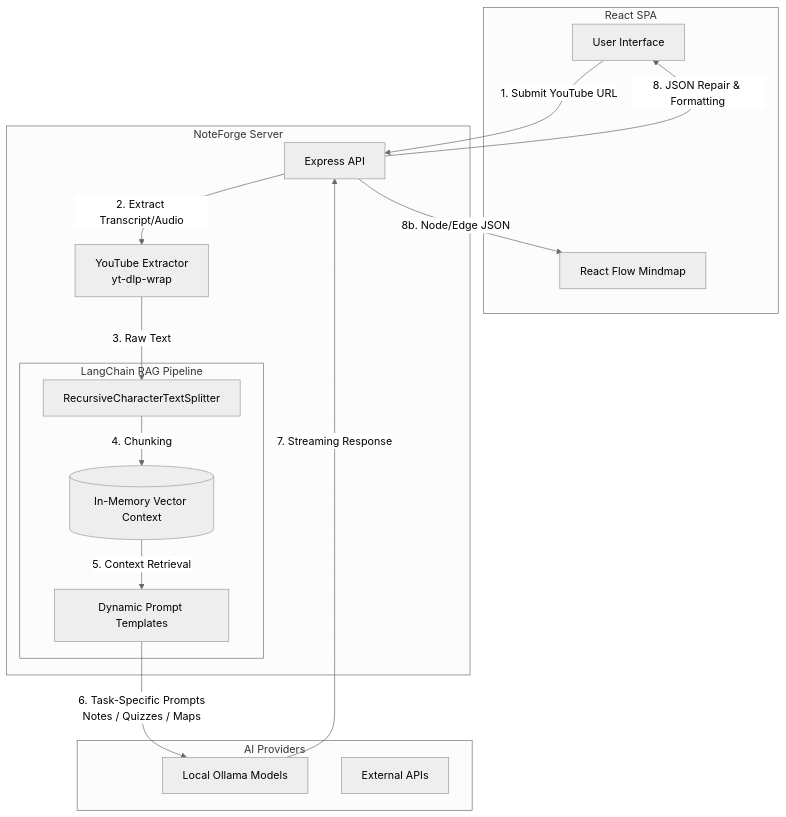
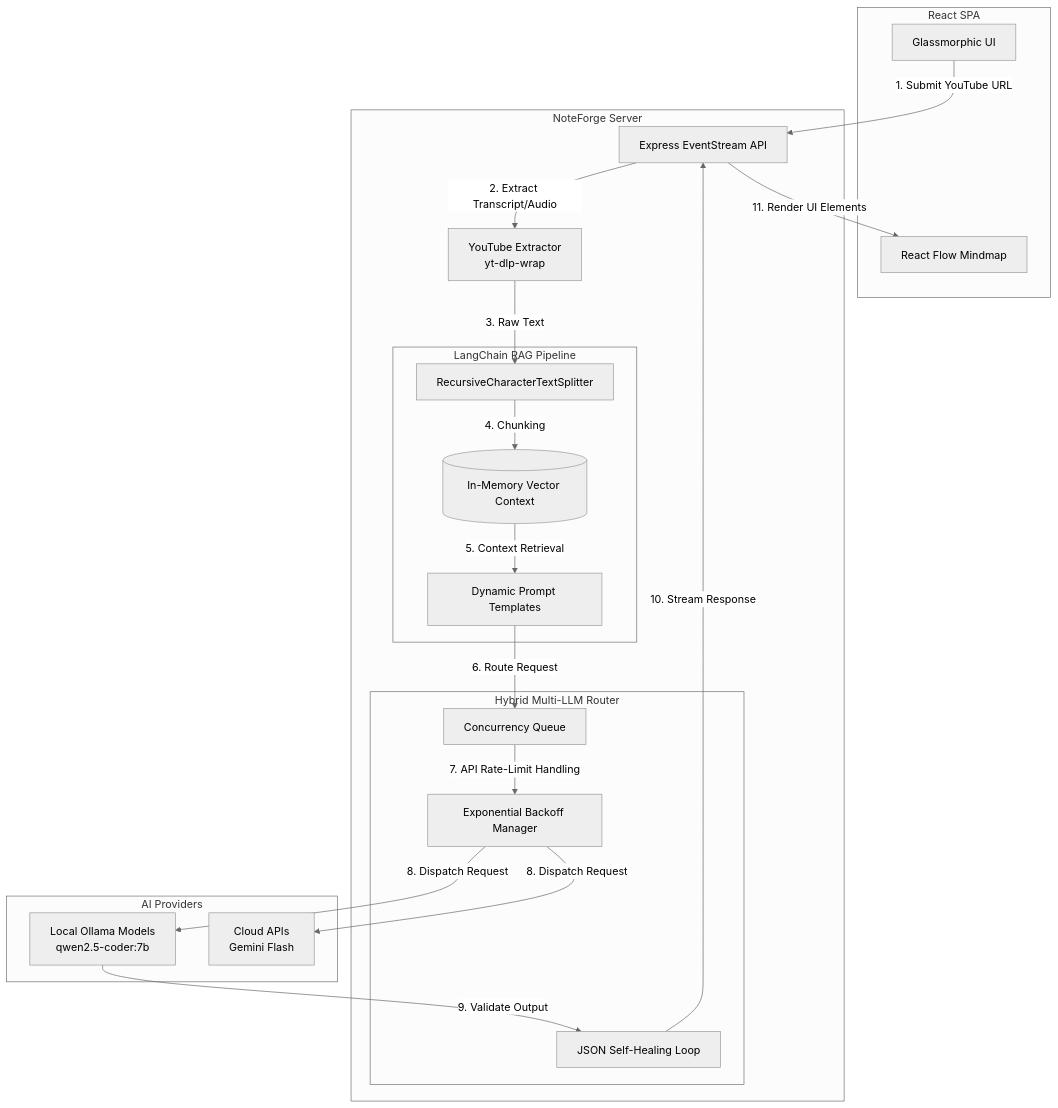
One commit to Sameer-Bagul/NoteForge-AI changed the diagram in README.md. Above: the diagram before and after it, drawn with Mermaid (neutral theme). The commit also changed other lines of this file and 21 other files, not shown here.

````diff
--- a/README.md
+++ b/README.md
@@ -43,36 +20,45 @@
 ```mermaid
 graph TD
     subgraph Client [React SPA]
-        UI[User Interface]
+        UI[Glassmorphic UI]
         Flow[React Flow Mindmap]
     end
 
     subgraph Node.js Backend [NoteForge Server]
-        API[Express API]
+        API[Express EventStream API]
         YT[YouTube Extractor <br> yt-dlp-wrap]
         
         subgraph LangChain RAG Pipeline
             Splitter[RecursiveCharacterTextSplitter]
             Vector[(In-Memory Vector Context)]
             Prompt[Dynamic Prompt Templates]
         end
+        
+        subgraph Hybrid Multi-LLM Router
+            Queue[Concurrency Queue]
+            Backoff[Exponential Backoff Manager]
+            Healer[JSON Self-Healing Loop]
+        end
     end
 
     subgraph AI Providers
-        Ollama[Local Ollama Models]
-        OpenAI[External APIs]
+        Ollama[Local Ollama Models <br> qwen2.5-coder:7b]
+        Cloud[Cloud APIs <br> Gemini Flash]
     end
 
     UI -->|1. Submit YouTube URL| API
     API -->|2. Extract Transcript/Audio| YT
     YT -->|3. Raw Text| Splitter
     
     Splitter -->|4. Chunking| Vector
     Vector -->|5. Context Retrieval| Prompt
     
-    Prompt -->|6. Task-Specific Prompts <br> Notes / Quizzes / Maps| Ollama
+    Prompt -->|6. Route Request| Queue
+    Queue -->|7. API Rate-Limit Handling| Backoff
+    Backoff -->|8. Dispatch Request| Ollama
+    Backoff -->|8. Dispatch Request| Cloud
     
-    Ollama -->|7. Streaming Response| API
-    API -->|8. JSON Repair & Formatting| UI
-    API -->|8b. Node/Edge JSON| Flow
+    Ollama -->|9. Validate Output| Healer
+    Healer -->|10. Stream Response| API
+    API -->|11. Render UI Elements| Flow
 ```
````
